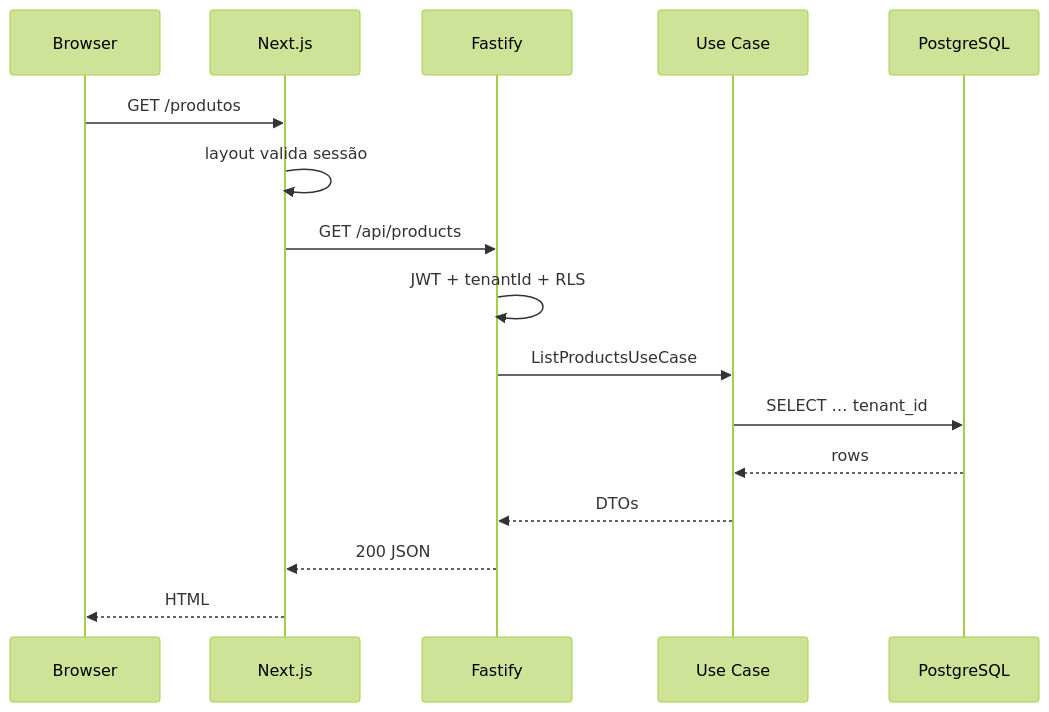
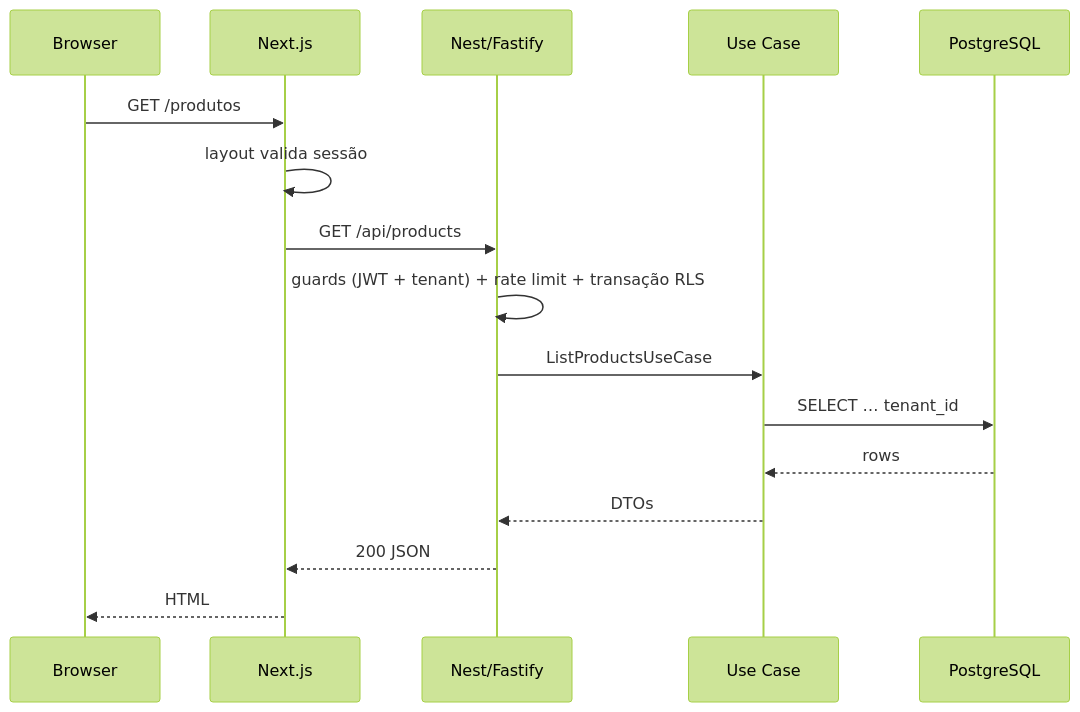
Before and after one commit to Matheus-santos7/MSimulation-XML: the tenth of 11 diagrams in backend/README.md, drawn with Mermaid (forest theme). The commit also changed other lines of this file and 1 other file, not shown here.

First line of the commit message:
docs: atualiza o README do backend e o registro da migração para NestJS

````diff
--- a/backend/README.md
+++ b/backend/README.md
@@ -506,18 +509,18 @@
 ```mermaid
 sequenceDiagram
   participant B as Browser
   participant N as Next.js
-  participant F as Fastify
+  participant F as Nest/Fastify
   participant M as Use Case
   participant D as PostgreSQL
   B->>N: GET /produtos
   N->>N: layout valida sessão
   N->>F: GET /api/products
-  F->>F: JWT + tenantId + RLS
+  F->>F: guards (JWT + tenant) + rate limit + transação RLS
   F->>M: ListProductsUseCase
   M->>D: SELECT … tenant_id
   D-->>M: rows
   M-->>F: DTOs
   F-->>N: 200 JSON
   N-->>B: HTML
 ```
````
